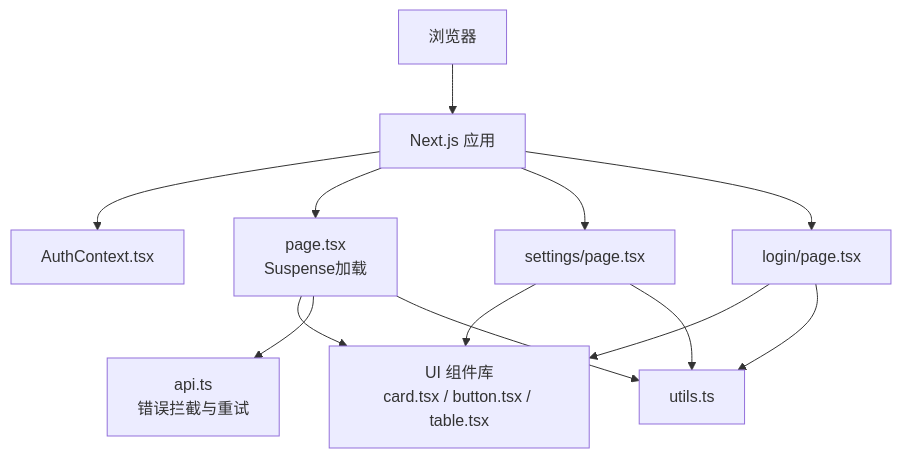
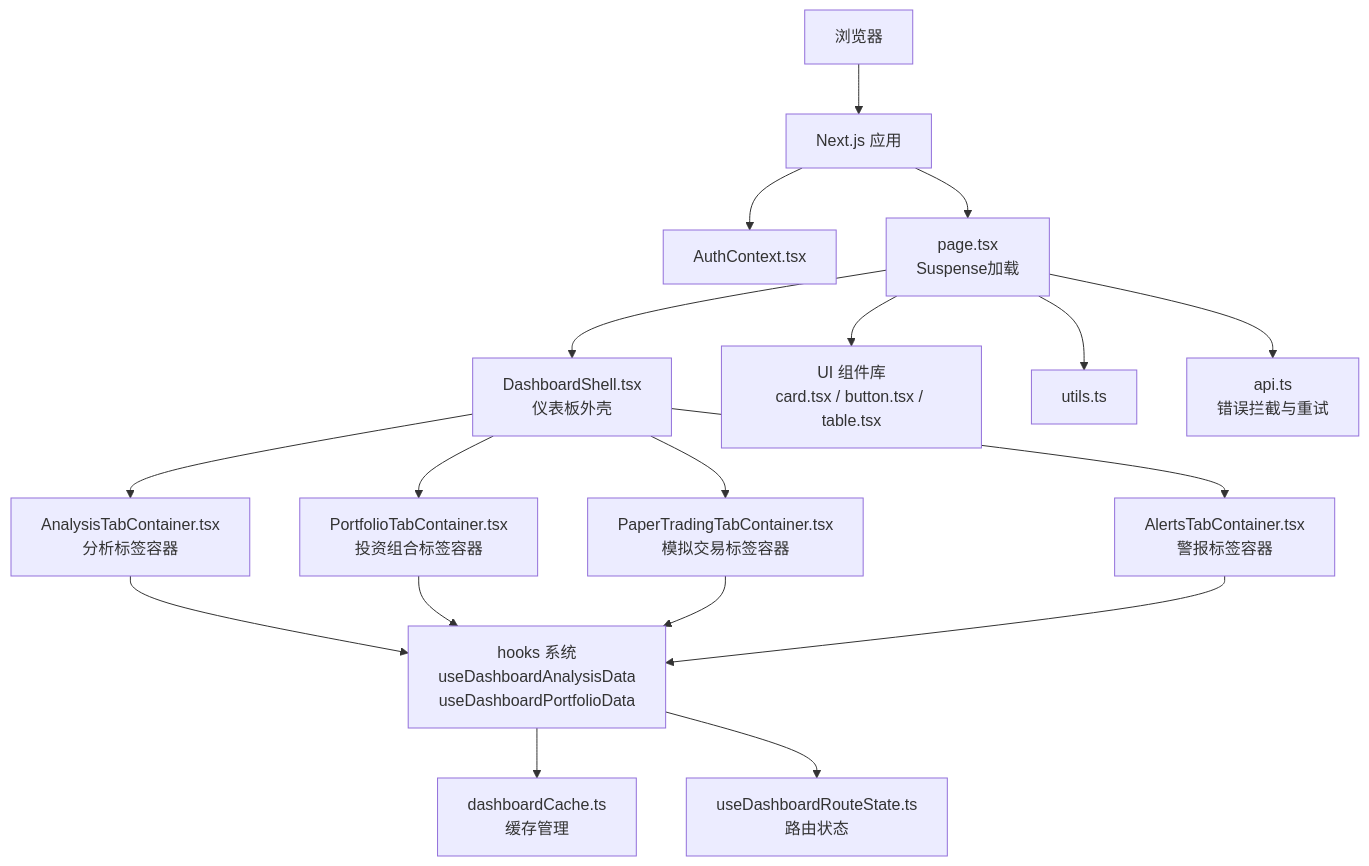
One commit to breeze-lyf/ai-stock-advisor changed the second of 13 diagrams in .qoder/repowiki/zh/content/投资组合管理/前端集成与展示/前端集成与展示.md. Above: the diagram before and after it, drawn with Mermaid. The commit also changed other lines of this file and 43 other files, not shown here.

````diff
--- a/.qoder/repowiki/zh/content/投资组合管理/前端集成与展示/前端集成与展示.md
+++ b/.qoder/repowiki/zh/content/投资组合管理/前端集成与展示/前端集成与展示.md
@@ -111,24 +155,35 @@
 ```mermaid
 graph TB
 Browser["浏览器"]
 Next["Next.js 应用"]
 Auth["AuthContext.tsx"]
 Page["page.tsx<br/>Suspense加载"]
-Settings["settings/page.tsx"]
-Login["login/page.tsx"]
+Dashboard["DashboardShell.tsx<br/>仪表板外壳"]
+Analysis["AnalysisTabContainer.tsx<br/>分析标签容器"]
+Portfolio["PortfolioTabContainer.tsx<br/>投资组合标签容器"]
+Paper["PaperTradingTabContainer.tsx<br/>模拟交易标签容器"]
+Alerts["AlertsTabContainer.tsx<br/>警报标签容器"]
+Hooks["hooks 系统<br/>useDashboardAnalysisData<br/>useDashboardPortfolioData"]
+Cache["dashboardCache.ts<br/>缓存管理"]
+Route["useDashboardRouteState.ts<br/>路由状态"]
 UI["UI 组件库<br/>card.tsx / button.tsx / table.tsx"]
 Utils["utils.ts"]
 API["api.ts<br/>错误拦截与重试"]
 Browser --> Next
 Next --> Auth
 Next --> Page
-Next --> Settings
-Next --> Login
+Page --> Dashboard
+Dashboard --> Analysis
+Dashboard --> Portfolio
+Dashboard --> Paper
+Dashboard --> Alerts
+Analysis --> Hooks
+Portfolio --> Hooks
+Paper --> Hooks
+Alerts --> Hooks
+Hooks --> Cache
+Hooks --> Route
 Page --> UI
 Page --> API
-Settings --> UI
-Login --> UI
 Page --> Utils
-Settings --> Utils
-Login --> Utils
 ```
````
